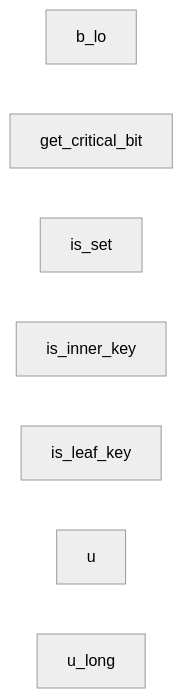
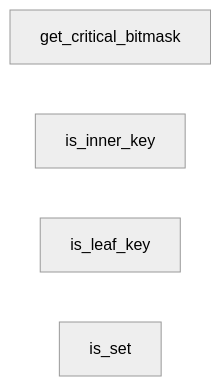
Before and after one commit to econia-labs/econia: the first of 5 diagrams in doc/diagrams/src/modules/critqueue.md, drawn with Mermaid (neutral theme). The commit also changed other lines of this file and 2 other files, not shown here.

````diff
--- a/doc/diagrams/src/modules/critqueue.md
+++ b/doc/diagrams/src/modules/critqueue.md
@@ -12,13 +12,10 @@
 ```mermaid
 
 flowchart LR
 
-b_lo
-get_critical_bit
-is_set
+get_critical_bitmask
 is_inner_key
 is_leaf_key
-u
-u_long
+is_set
 
 ```
````
